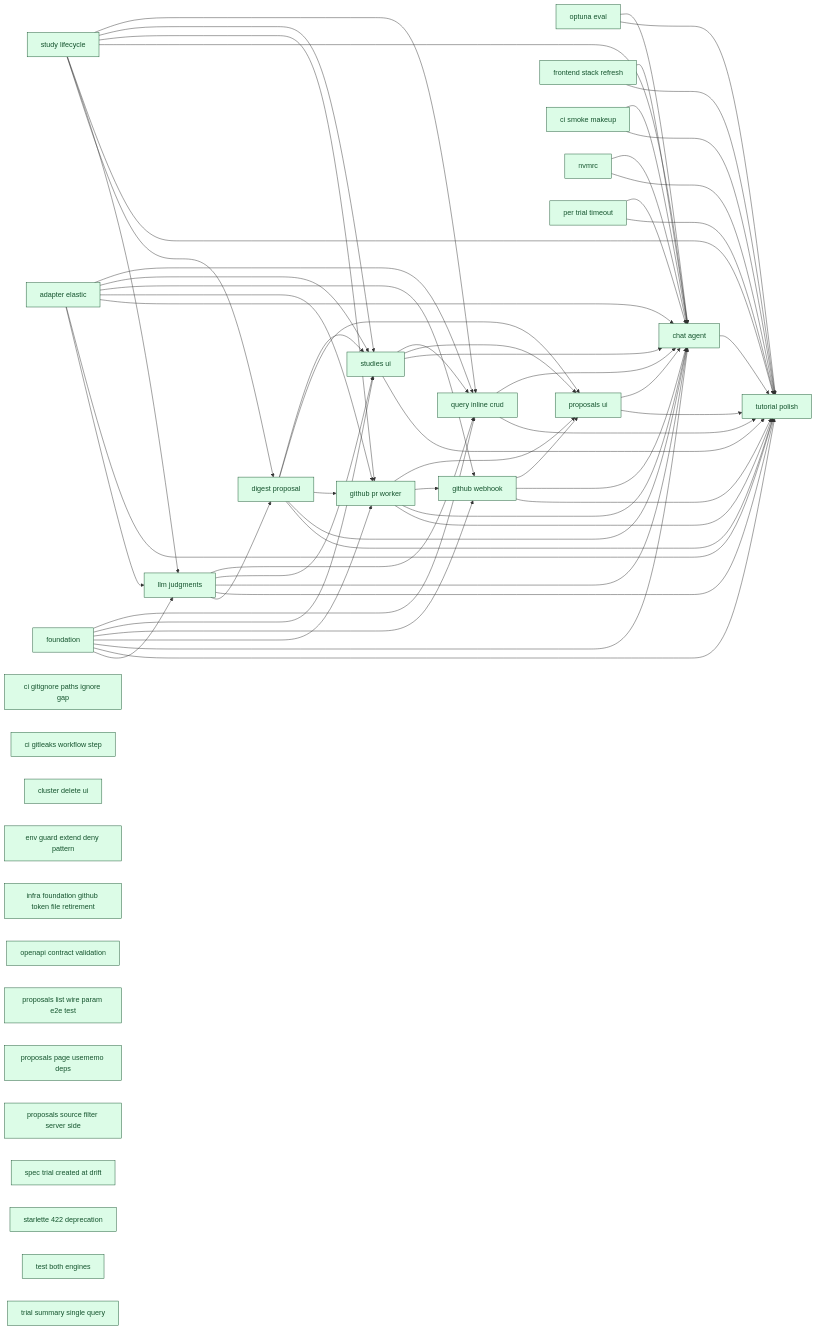
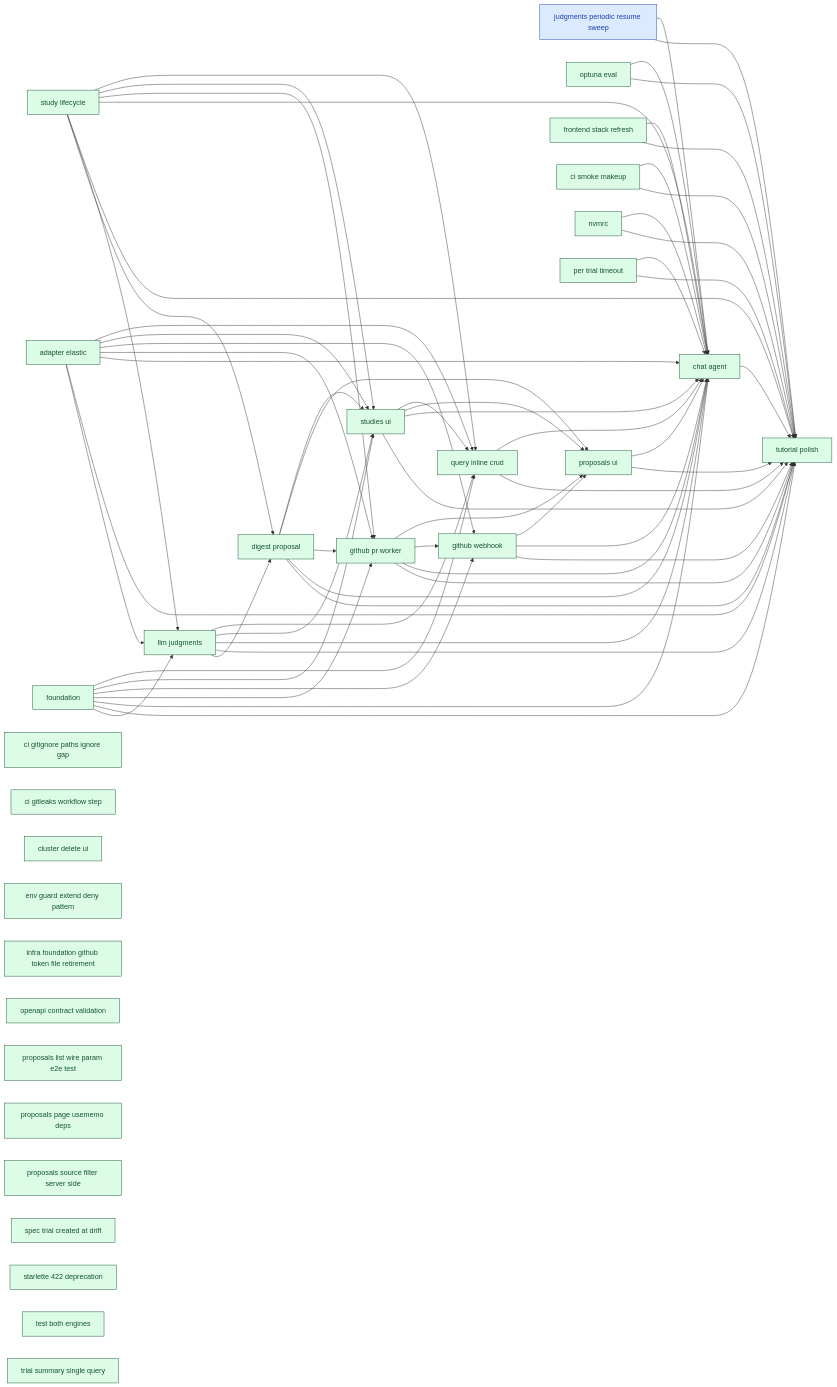
One commit to SoundMindsAI/relyloop changed the diagram in docs/00_overview/MVP1_DASHBOARD.md. Above: the diagram before and after it, drawn with Mermaid. The commit also changed other lines of this file and 3 other files, not shown here.

```diff
--- a/docs/00_overview/MVP1_DASHBOARD.md
+++ b/docs/00_overview/MVP1_DASHBOARD.md
@@ -98,6 +105,8 @@
   classDef plan fill:#fef9c3,stroke:#854d0e,color:#854d0e;
   classDef spec fill:#dbeafe,stroke:#1e40af,color:#1e40af;
   classDef idea fill:#f1f5f9,stroke:#334155,color:#334155;
+  feat_judgments_periodic_resume_sweep["judgments periodic resume sweep"]
+  class feat_judgments_periodic_resume_sweep spec;
   infra_foundation["foundation"]
   class infra_foundation done;
   feat_study_lifecycle["study lifecycle"]
@@ -167,6 +176,7 @@
   feat_digest_proposal --> chore_tutorial_polish
   feat_github_pr_worker --> chore_tutorial_polish
   feat_github_webhook --> chore_tutorial_polish
+  feat_judgments_periodic_resume_sweep --> chore_tutorial_polish
   feat_llm_judgments --> chore_tutorial_polish
   feat_proposals_ui --> chore_tutorial_polish
   feat_query_inline_crud --> chore_tutorial_polish
@@ -182,6 +192,7 @@
   feat_digest_proposal --> feat_chat_agent
   feat_github_pr_worker --> feat_chat_agent
   feat_github_webhook --> feat_chat_agent
+  feat_judgments_periodic_resume_sweep --> feat_chat_agent
   feat_llm_judgments --> feat_chat_agent
   feat_proposals_ui --> feat_chat_agent
   feat_query_inline_crud --> feat_chat_agent
```
